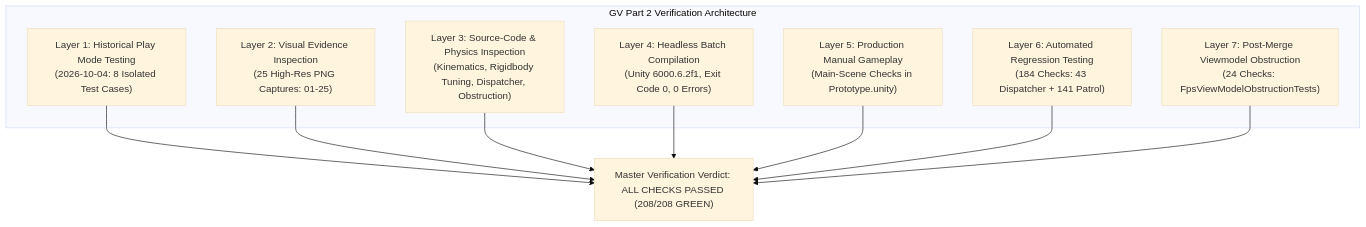
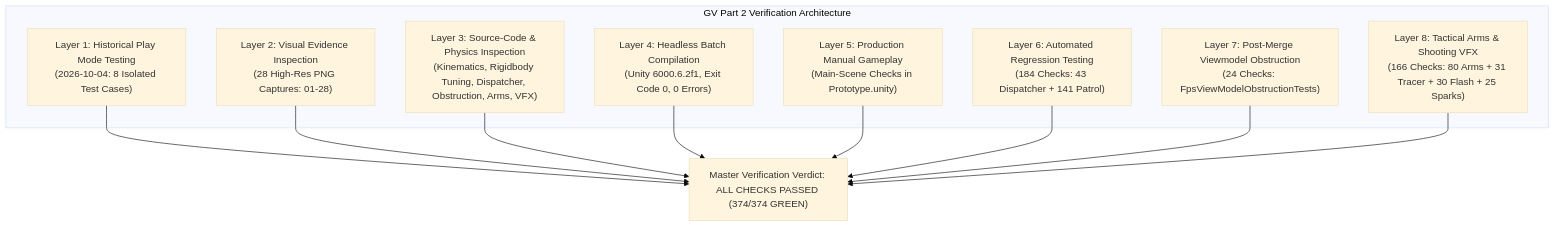
The diagram in docs/individual/IT24102587_GV_Part2_Verification_Log.md (Kunchana-Wijesinghe/Interactive-3D-Shooting-Game-GV-IS), drawn with Mermaid (base theme) before and after one commit. The commit also changed other lines of this file and 2 other files, not shown here.

Commit message:
docs(gv): document shooting VFX and verification

````diff
--- a/docs/individual/IT24102587_GV_Part2_Verification_Log.md
+++ b/docs/individual/IT24102587_GV_Part2_Verification_Log.md
@@ -38,19 +40,21 @@
 ```mermaid
 graph TD
     subgraph Verification_Layers["GV Part 2 Verification Architecture"]
         L1["Layer 1: Historical Play Mode Testing<br/>(2026-10-04: 8 Isolated Test Cases)"]
-        L2["Layer 2: Visual Evidence Inspection<br/>(25 High-Res PNG Captures: 01-25)"]
-        L3["Layer 3: Source-Code & Physics Inspection<br/>(Kinematics, Rigidbody Tuning, Dispatcher, Obstruction)"]
+        L2["Layer 2: Visual Evidence Inspection<br/>(28 High-Res PNG Captures: 01-28)"]
+        L3["Layer 3: Source-Code & Physics Inspection<br/>(Kinematics, Rigidbody Tuning, Dispatcher, Obstruction, Arms, VFX)"]
         L4["Layer 4: Headless Batch Compilation<br/>(Unity 6000.6.2f1, Exit Code 0, 0 Errors)"]
         L5["Layer 5: Production Manual Gameplay<br/>(Main-Scene Checks in Prototype.unity)"]
         L6["Layer 6: Automated Regression Testing<br/>(184 Checks: 43 Dispatcher + 141 Patrol)"]
         L7["Layer 7: Post-Merge Viewmodel Obstruction<br/>(24 Checks: FpsViewModelObstructionTests)"]
+        L8["Layer 8: Tactical Arms & Shooting VFX<br/>(166 Checks: 80 Arms + 31 Tracer + 30 Flash + 25 Sparks)"]
     end
-    L1 --> MasterReport["Master Verification Verdict: ALL CHECKS PASSED (208/208 GREEN)"]
+    L1 --> MasterReport["Master Verification Verdict: ALL CHECKS PASSED (374/374 GREEN)"]
     L2 --> MasterReport
     L3 --> MasterReport
     L4 --> MasterReport
     L5 --> MasterReport
     L6 --> MasterReport
     L7 --> MasterReport
+    L8 --> MasterReport
 ```
````
